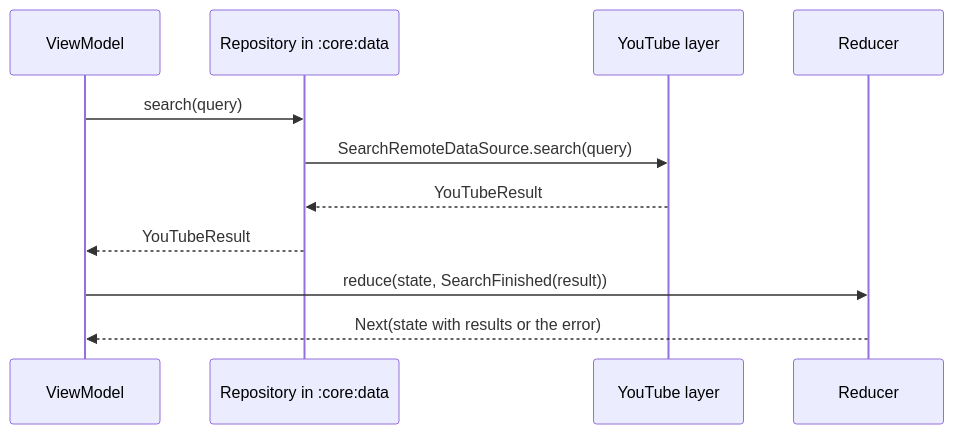
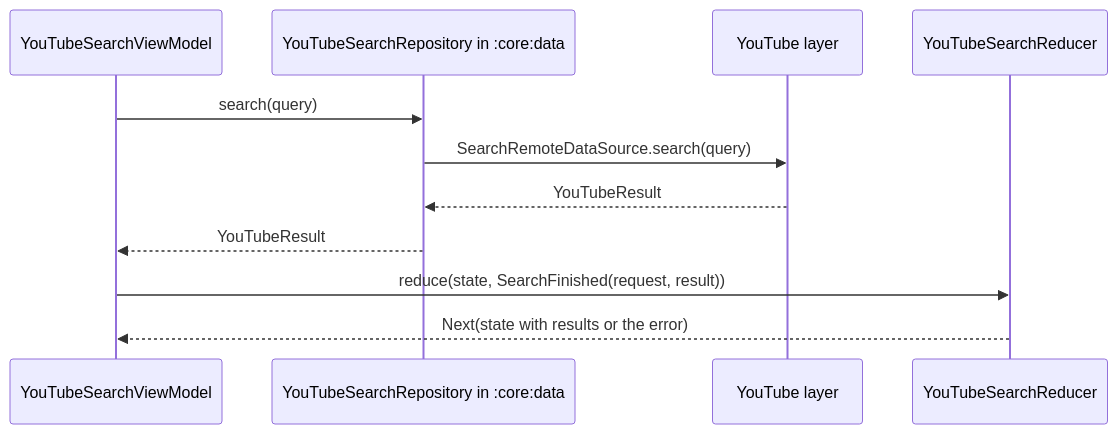
Before and after one commit to dewfallapp/dewfall: the second of 3 diagrams in docs/architecture.md, drawn with Mermaid. The commit also changed other lines of this file and 29 other files, not shown here.

````diff
--- a/docs/architecture.md
+++ b/docs/architecture.md
@@ -574,13 +591,13 @@
 ```mermaid
 sequenceDiagram
-    participant VM as ViewModel
-    participant Repo as Repository in :core:data
+    participant VM as YouTubeSearchViewModel
+    participant Repo as YouTubeSearchRepository in :core:data
     participant YT as YouTube layer
-    participant R as Reducer
+    participant R as YouTubeSearchReducer
     VM->>Repo: search(query)
     Repo->>YT: SearchRemoteDataSource.search(query)
     YT-->>Repo: YouTubeResult
     Repo-->>VM: YouTubeResult
-    VM->>R: reduce(state, SearchFinished(result))
+    VM->>R: reduce(state, SearchFinished(request, result))
     R-->>VM: Next(state with results or the error)
 ```
````
